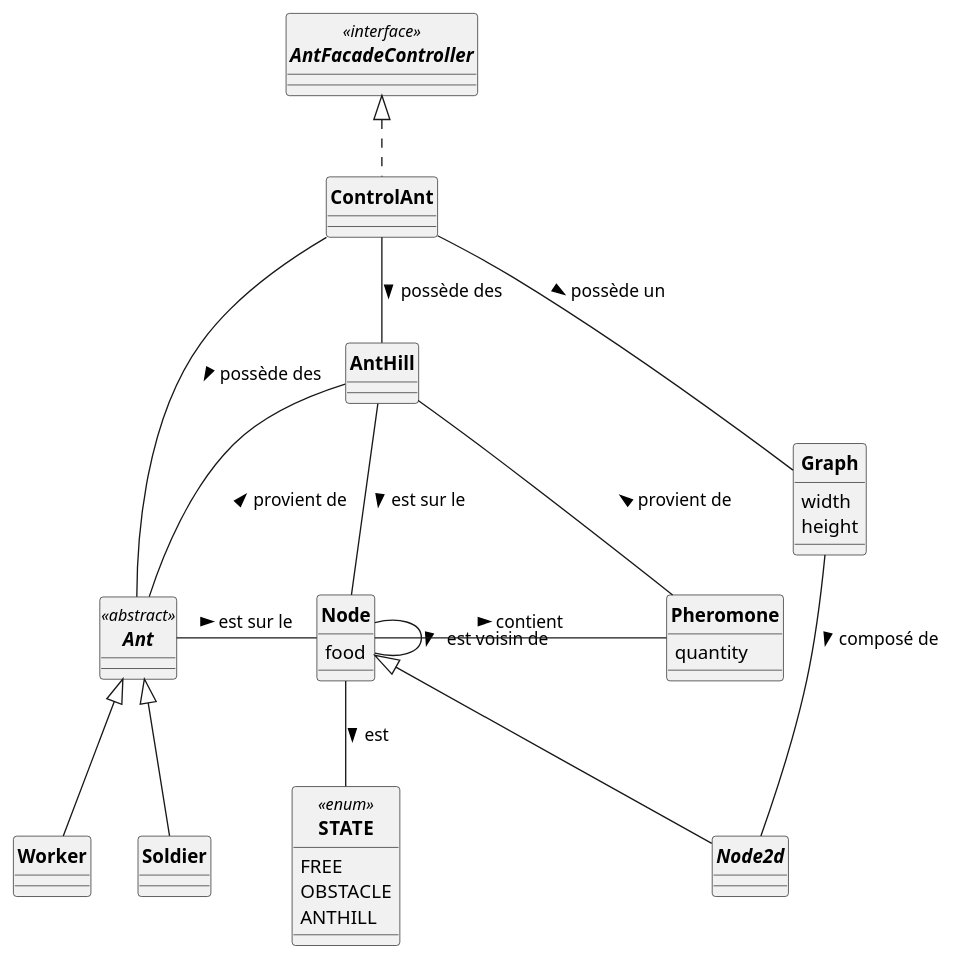
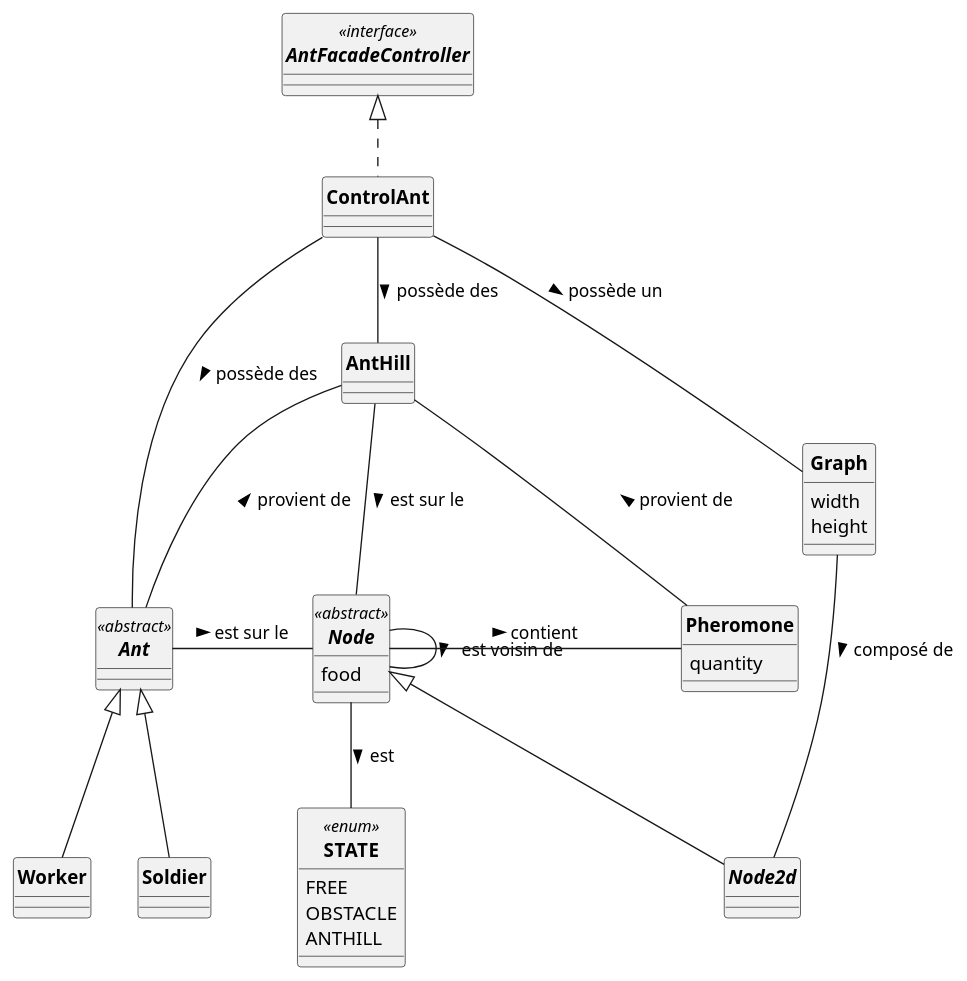
Before and after one commit to ErenMustafaGit/ColonieFourmis: the diagram in src/main/uml/Fourmis_DCa.puml, drawn with PlantUML.

Commit message:
Mis en abstract de Node

```diff
--- a/src/main/uml/Fourmis_DCa.puml
+++ b/src/main/uml/Fourmis_DCa.puml
@@ -1,72 +1,72 @@
 @startuml
 'https://plantuml.com/sequence-diagram
 skinparam style strictuml
 skinparam classAttributeIconSize 0
 skinparam circledCharacterRadius 0
 skinparam circledCharacterFontSize 0
 skinparam classFontStyle Bold
 'autonumber
 
 
 interface AntFacadeController<<interface>>{
 
 }
 
 enum STATE <<enum>> {
     FREE
     OBSTACLE
     ANTHILL
 }
 
 
 class Graph {
      width
      height
 }
-class Node{
+abstract Node <<abstract>>{
     food
 }
 
 
 
 abstract Ant <<abstract>>{
 
 }
 
 class AntHill {
 
 }
 
 class Soldier extends Ant{
 
 }
 
 class Worker extends Ant{
 }
 
 
 class ControlAnt implements AntFacadeController{
 }
 
 class Pheromone{
     quantity
 }
 
 abstract class Node2d extends Node{
 }
 
 Node - Node : est voisin de >
 ControlAnt -- Graph : possède un >
 ControlAnt --- Ant : possède des >
 ControlAnt -- AntHill : possède des >
 Graph -- Node2d : composé de >
 Ant  - Node : est sur le >
 Node --  STATE : est >
 Node - Pheromone : contient >
 Node - AntHill : est sur le <
 
 Ant -u- AntHill : provient de >
 Pheromone - AntHill : provient de >
 
 
 @enduml
```
